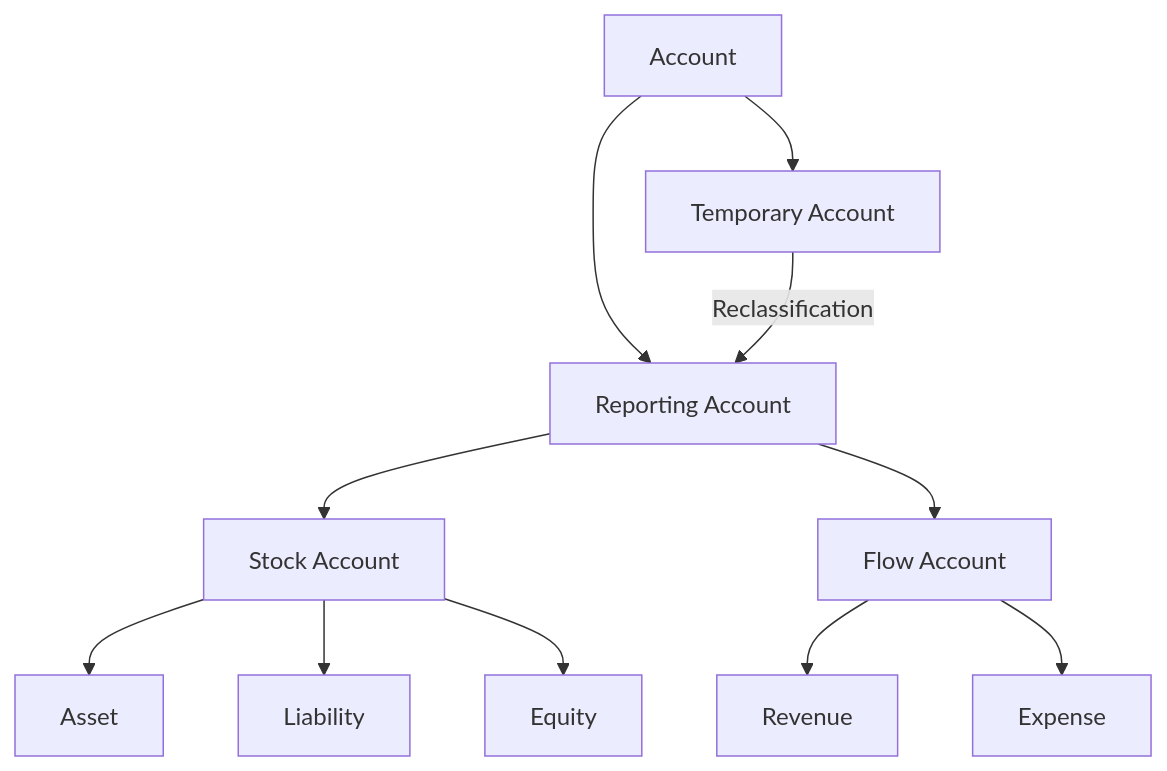
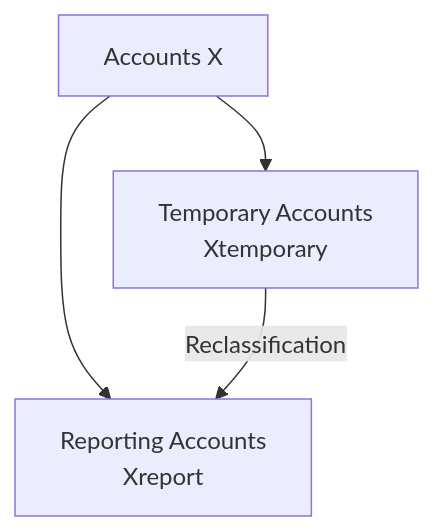
One commit to niikei/accounting-state-model changed the first of 3 diagrams in theory/04-accounts-and-classification.md. Above: the diagram before and after it, drawn with Mermaid. The commit also changed other lines of this file and 5 other files, not shown here.

````diff
--- a/theory/04-accounts-and-classification.md
+++ b/theory/04-accounts-and-classification.md
@@ -43,24 +62,12 @@
 ```mermaid
 flowchart TD
-    ACCOUNT["Account"]
-    REPORT["Reporting Account"]
-    TEMP["Temporary Account"]
-    STOCK["Stock Account"]
-    FLOW["Flow Account"]
-    A["Asset"]
-    L["Liability"]
-    E["Equity"]
-    R["Revenue"]
-    C["Expense"]
+    X["Accounts X"]
 
-    ACCOUNT --> REPORT
-    ACCOUNT --> TEMP
-    REPORT --> STOCK
-    REPORT --> FLOW
-    STOCK --> A
-    STOCK --> L
-    STOCK --> E
-    FLOW --> R
-    FLOW --> C
+    REPORT["Reporting Accounts<br/>Xreport"]
+    TEMP["Temporary Accounts<br/>Xtemporary"]
+
+    X --> REPORT
+    X --> TEMP
+
     TEMP -->|"Reclassification"| REPORT
 ```
````
